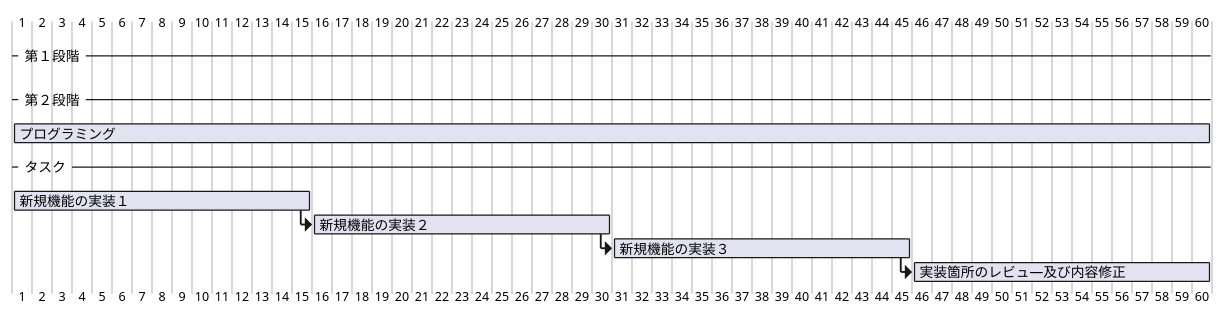
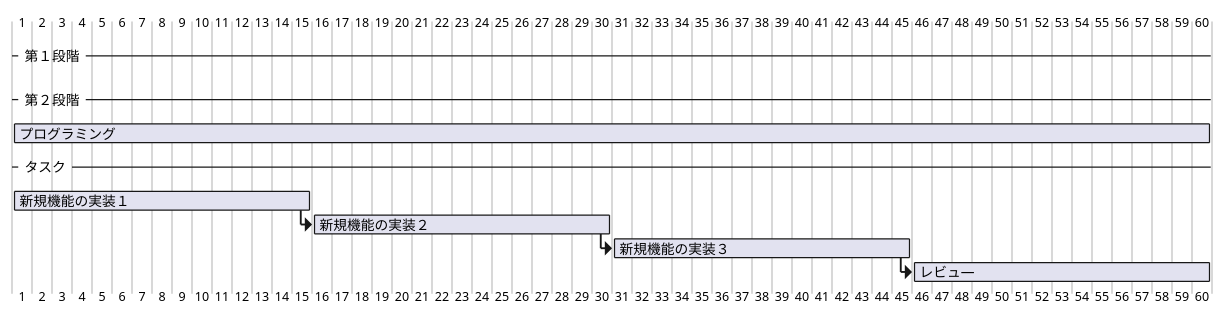
Before and after one commit to code-10157/asp.net_core_ver.2: the seventh of 9 diagrams in asp_projects/documents/7.要件定義/TaskList-API_BRD.md, drawn with PlantUML. The commit also changed other lines of this file, not shown here.

````diff
--- a/asp_projects/documents/7.要件定義/TaskList-API_BRD.md
+++ b/asp_projects/documents/7.要件定義/TaskList-API_BRD.md
@@ -159,12 +159,12 @@
   ``` plantuml
   @startgantt
   -- 第１段階 --
   -- 第２段階 --
   [プログラミング] lasts 60 days
   -- タスク --
   [新規機能の実装１] lasts 15 days
   then [新規機能の実装２] lasts 15 days
   then [新規機能の実装３] lasts 15 days
-  then [実装箇所のレビュ―及び内容修正] lasts 15 days
+  then [レビュ―] lasts 15 days
   @endgantt
   ```
````
